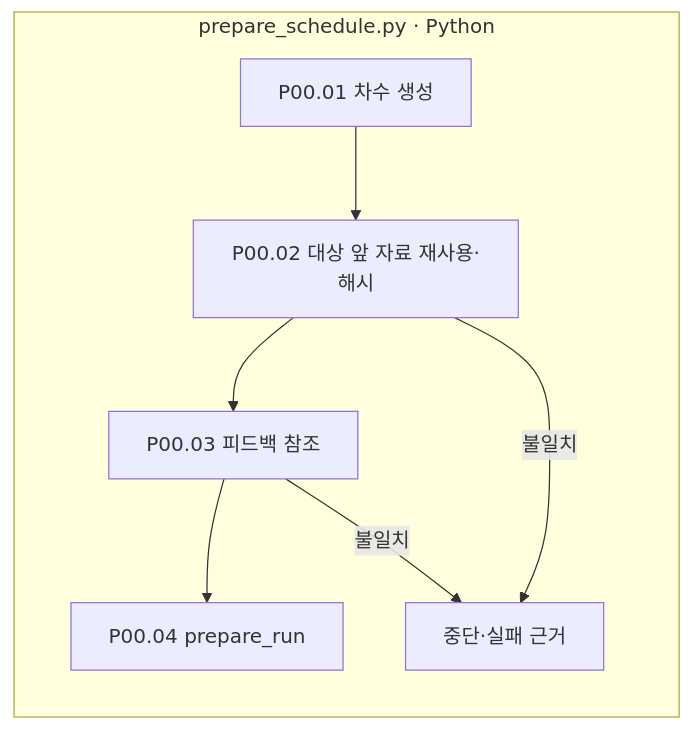
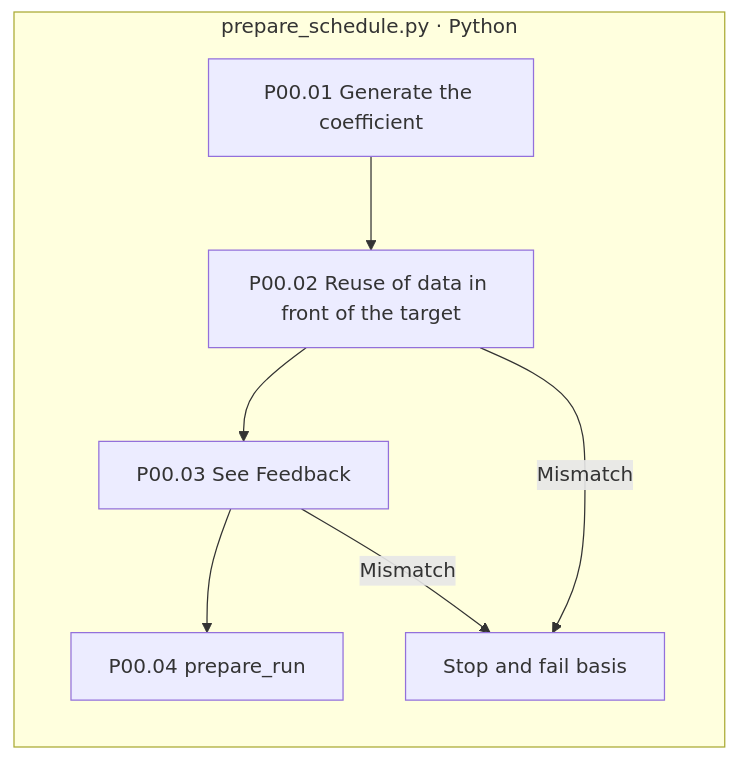
The diagram in src/finarch/documentation/templates/round-input.md (pnu-clink/finject), drawn with Mermaid before and after one commit. The commit also changed other lines of this file and 644 other files, not shown here.

````diff
--- a/src/finarch/documentation/templates/round-input.md
+++ b/src/finarch/documentation/templates/round-input.md
@@ -14,7 +14,7 @@
 ```mermaid
 flowchart LR
  subgraph S["prepare_schedule.py · Python"]
-  A["P00.01 차수 생성"] --> B["P00.02 대상 앞 자료 재사용·해시"] --> C["P00.03 피드백 참조"] --> D["P00.04 prepare_run"]
-  B & C -->|불일치| X["중단·실패 근거"]
+  A["P00.01 Generate the coefficient"] --> B["P00.02 Reuse of data in front of the target"] --> C["P00.03 See Feedback"] --> D["P00.04 prepare_run"]
+  B & C -->|Mismatch| X["Stop and fail basis"]
  end
 ```
````
